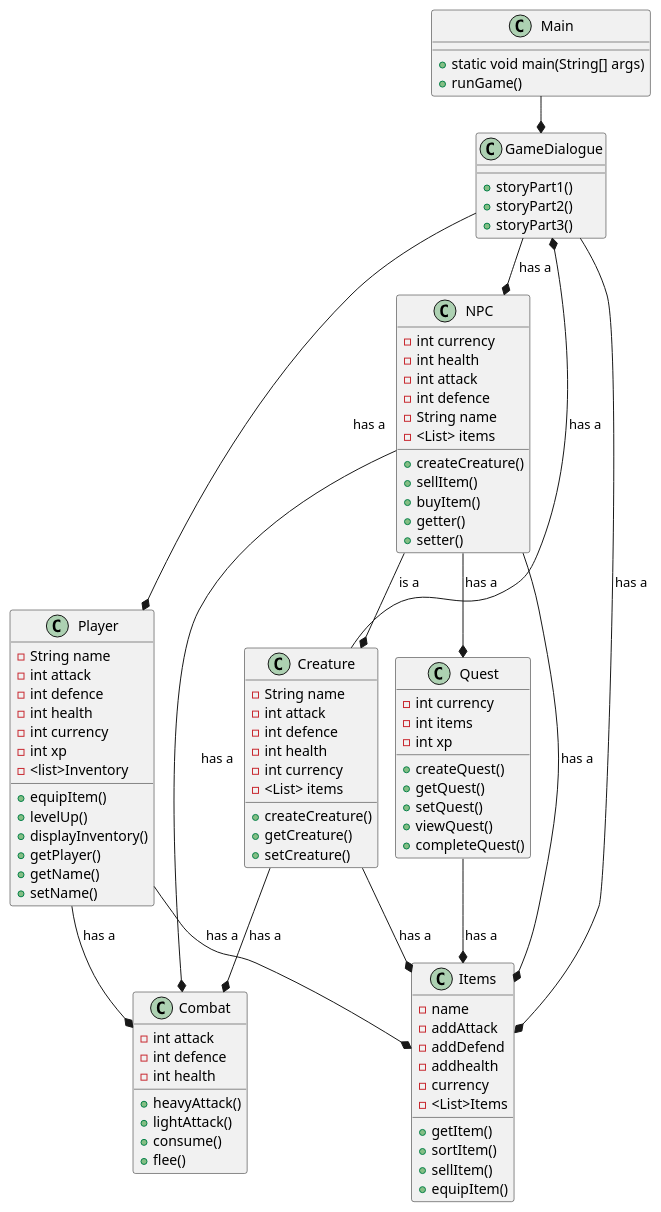
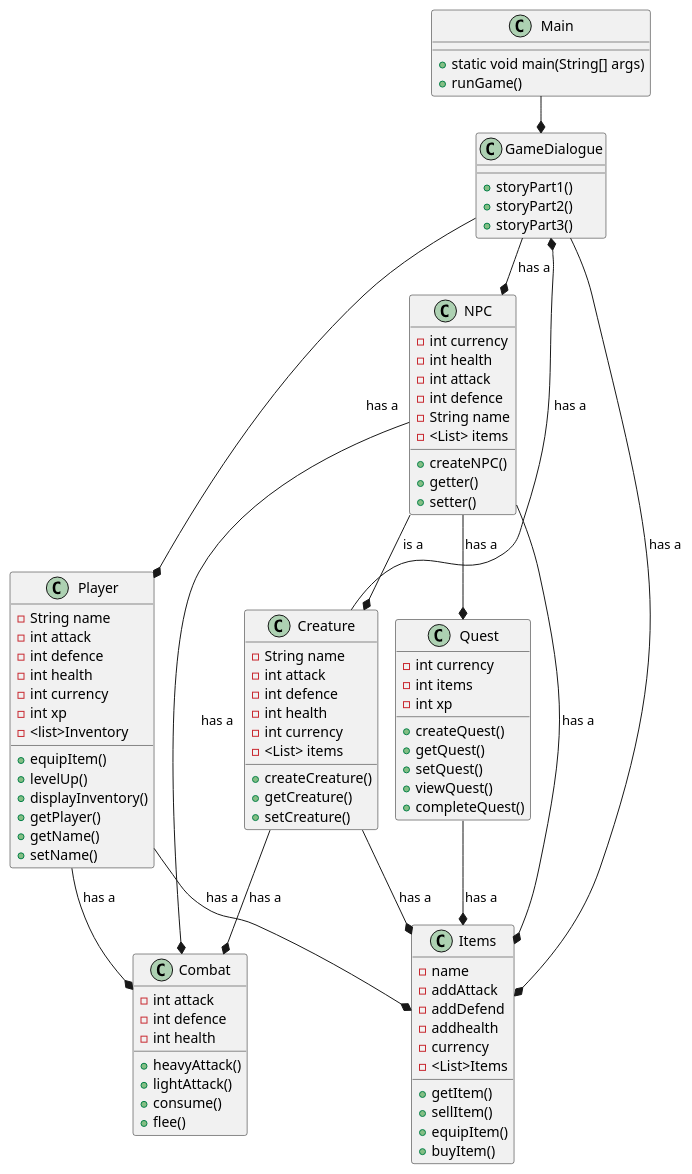
Before and after one commit to KhuongNDang/Project_ICE: the diagram in doc/Class Diagram.puml, drawn with PlantUML. The commit also changed 1 other file, not shown here.

```diff
--- a/doc/Class Diagram.puml
+++ b/doc/Class Diagram.puml
@@ -1,117 +1,115 @@
 @startuml
 
 !pragma layout smetana
 
 
 class Main{
 + static void main(String[] args)
 + runGame()
 
 }
 
 
 class GameDialogue{
 + storyPart1()
 + storyPart2()
 + storyPart3()
 }
 
 class Player{
 - String name
 - int attack
 - int defence
 - int health
 - int currency
 - int xp
 - <list>Inventory
 +equipItem()
 +levelUp()
 +displayInventory()
 +getPlayer()
 +getName()
 +setName()
 }
 
 
 class Creature{
 - String name
 - int attack
 - int defence
 - int health
 - int currency
 - <List> items
 + createCreature()
 + getCreature()
 + setCreature()
 }
 
 
 class  NPC{
 - int currency
 - int health
 - int attack
 - int defence
 - String name
 - <List> items
-+ createCreature()
-+ sellItem()
-+ buyItem()
++ createNPC()
 + getter()
 + setter()
 }
 
 
 class  Combat{
 - int attack
 - int defence
 - int health
 + heavyAttack()
 + lightAttack()
 + consume()
 + flee()
 }
 
 
 class  Quest{
 - int currency
 - int items
 - int xp
 + createQuest()
 + getQuest()
 + setQuest()
 + viewQuest()
 + completeQuest()
 }
 
 
 class  Items{
 - name
 - addAttack
 - addDefend
 - addhealth
 - currency
 - <List>Items
 + getItem()
-+ sortItem()
 + sellItem()
 + equipItem()
++ buyItem()
 
 }
 
 
 Main --* GameDialogue
 Player --* Items: has a
 Creature --* Items: has a
 GameDialogue --* Items: has a
 Quest --* Items: has a
 GameDialogue --* NPC: has a
 NPC --* Quest: has a
 Player --* Combat: has a
 Creature --* Combat: has a
 NPC --* Combat: has a
 Creature --* GameDialogue: has a
 NPC --* Creature: is a
 GameDialogue --* Player: has a
 NPC --* Items: has a
 
 @enduml
```
